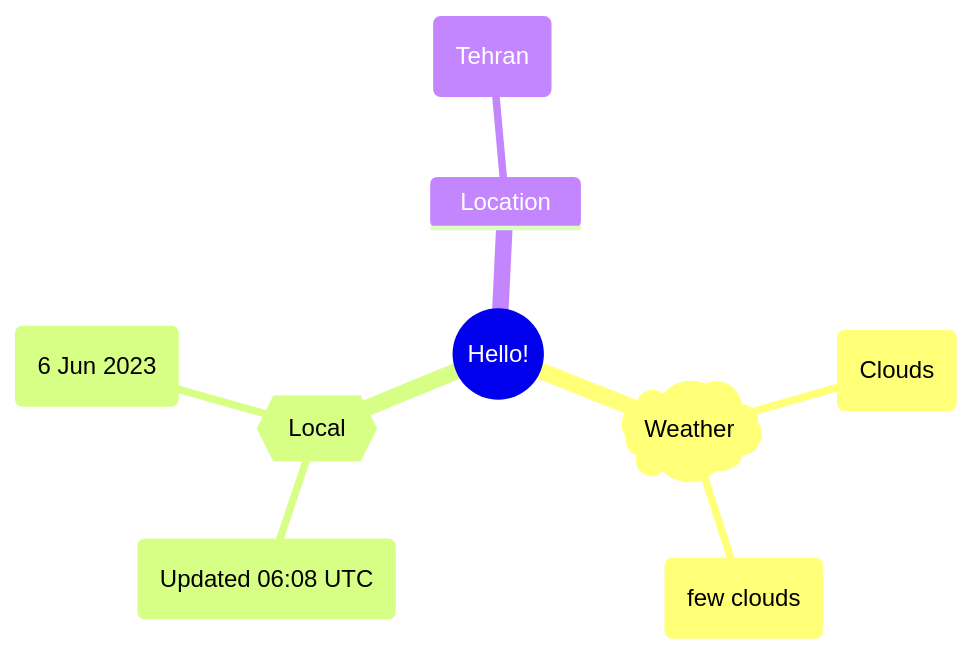
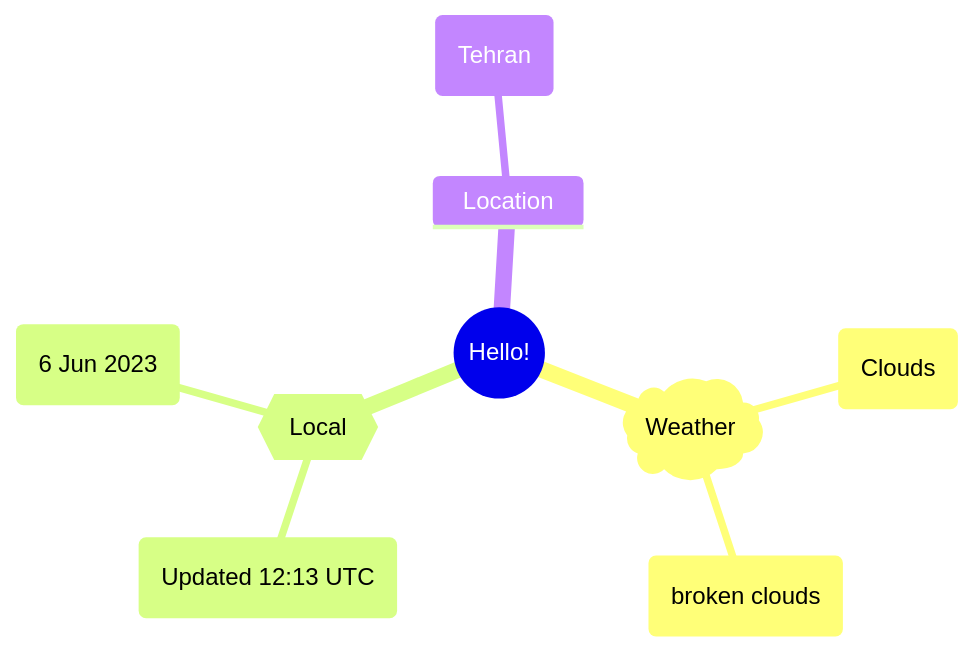
Before and after one commit to Xosrov/Xosrov: the first of 2 diagrams in README.md, drawn with Mermaid.

Commit message:
[bot] updated images

````diff
--- a/README.md
+++ b/README.md
@@ -3,12 +3,12 @@
 ```mermaid
 mindmap
   root((Hello!))
     )Weather(
         (Clouds)
-        (few clouds)
+        (broken clouds)
     {{Local}}
-        (Updated 06:08 UTC)
+        (Updated 12:13 UTC)
         (6 Jun 2023)
     Location
         (Tehran)
 ```
````
